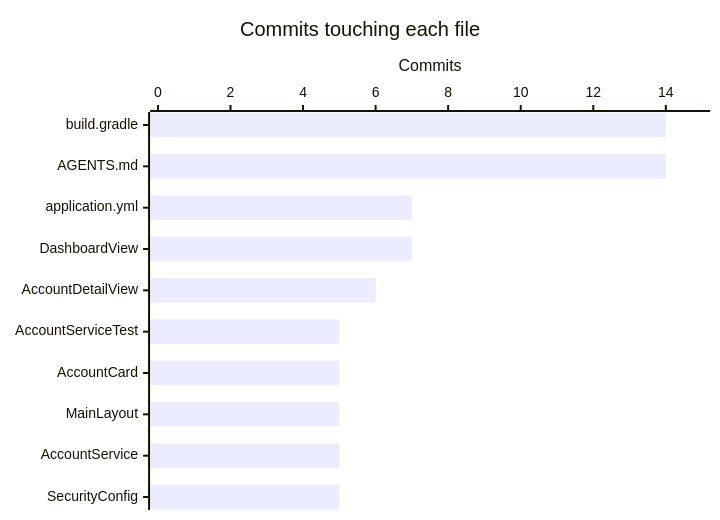
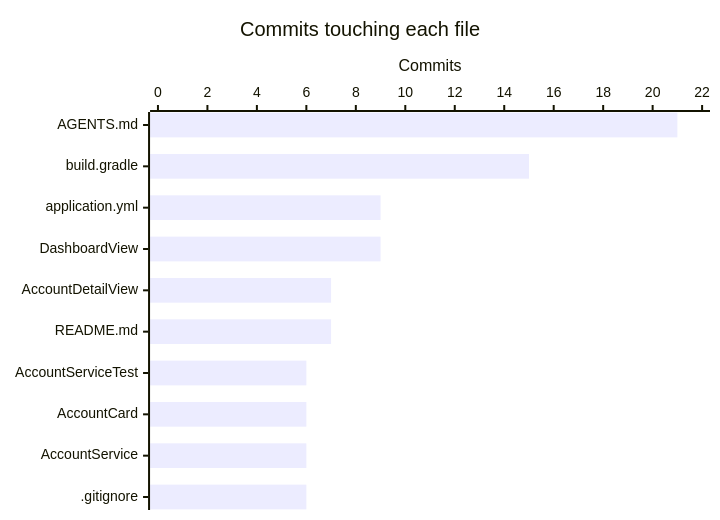
One commit to factory-aj-pahl/mockingbird-bank changed the diagram in droid-wiki/cleanup-opportunities.md. Above: the diagram before and after it, drawn with Mermaid. The commit also changed other lines of this file and 32 other files, not shown here.

````diff
--- a/droid-wiki/cleanup-opportunities.md
+++ b/droid-wiki/cleanup-opportunities.md
@@ -97,7 +103,7 @@
 ```mermaid
 xychart-beta horizontal
     title "Commits touching each file"
-    x-axis ["build.gradle", "AGENTS.md", "application.yml", "DashboardView", "AccountDetailView", "AccountServiceTest", "AccountCard", "MainLayout", "AccountService", "SecurityConfig"]
-    y-axis "Commits" 0 --> 15
-    bar [14, 14, 7, 7, 6, 5, 5, 5, 5, 5]
+    x-axis ["AGENTS.md", "build.gradle", "application.yml", "DashboardView", "AccountDetailView", "README.md", "AccountServiceTest", "AccountCard", "AccountService", ".gitignore"]
+    y-axis "Commits" 0 --> 22
+    bar [21, 15, 9, 9, 7, 7, 6, 6, 6, 6]
 ```
````
